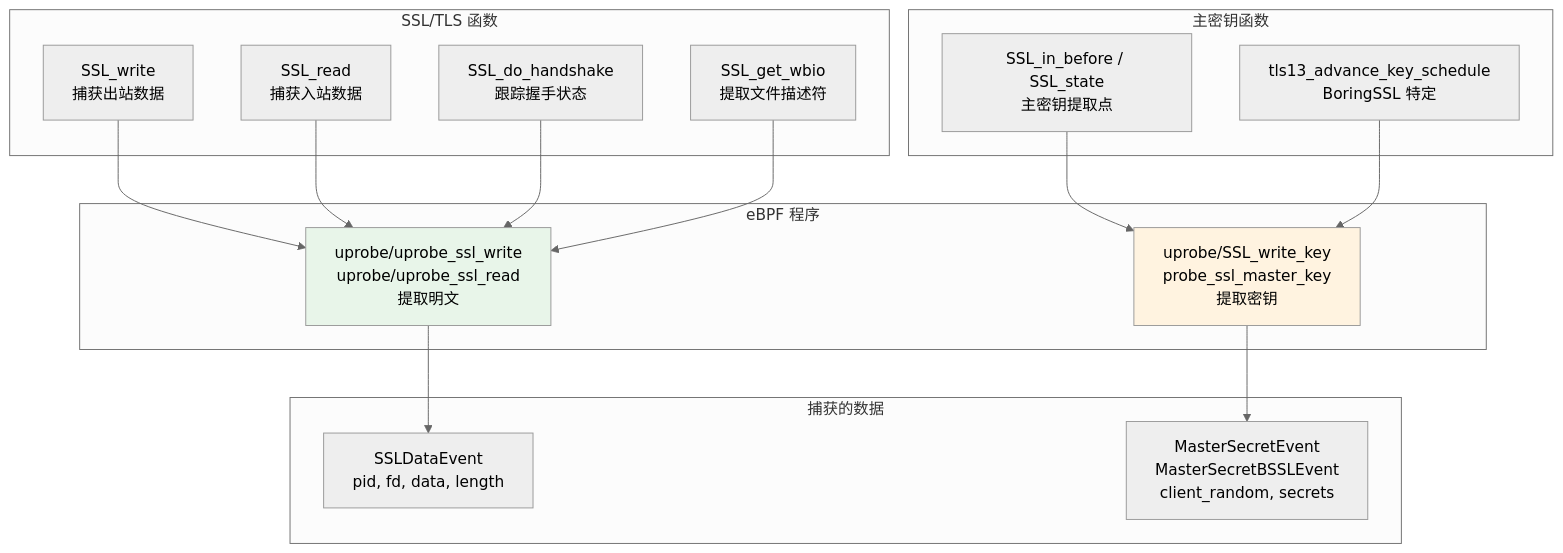
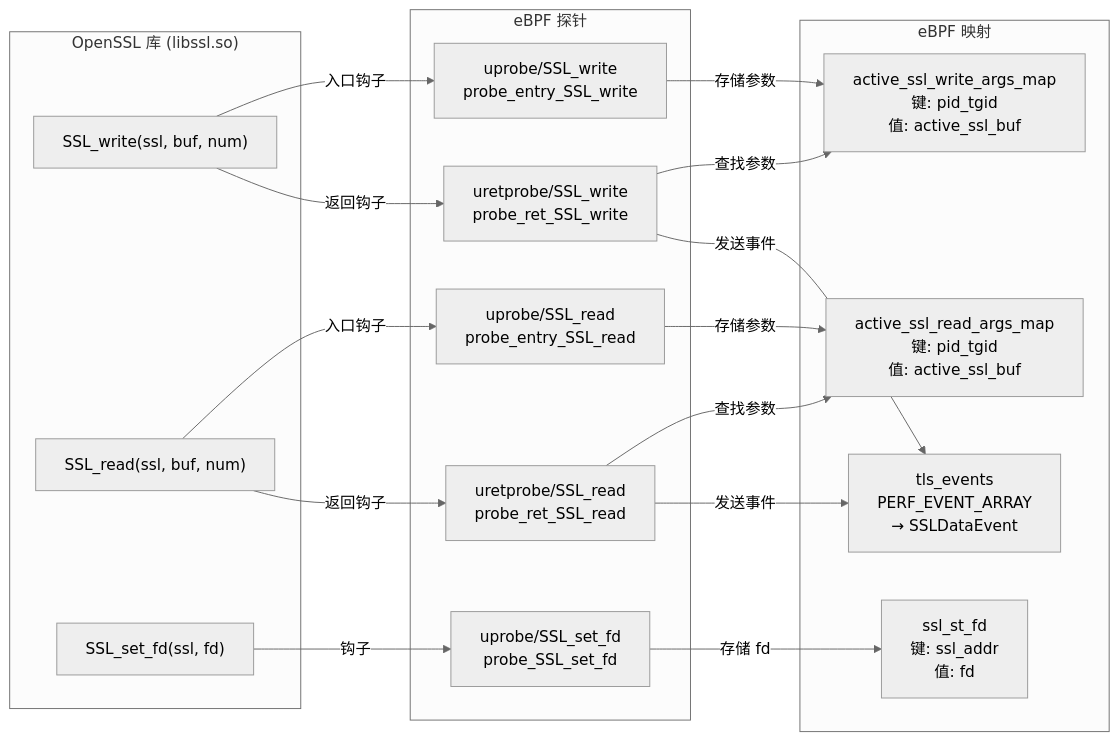
The third of 11 diagrams in src/zh/3-capture-modules/3.1.1-openssl-module.md (gojue/ecapture.cc), drawn with Mermaid (neutral theme) before and after one commit. The commit also changed other lines of this file and 115 other files, not shown here.

````diff
--- a/src/zh/3-capture-modules/3.1.1-openssl-module.md
+++ b/src/zh/3-capture-modules/3.1.1-openssl-module.md
@@ -184,38 +160,38 @@
 ```mermaid
-graph TB
-    subgraph "SSL/TLS 函数"
-        SSL_WRITE["SSL_write<br/>捕获出站数据"]
-        SSL_READ["SSL_read<br/>捕获入站数据"]
-        SSL_HANDSHAKE["SSL_do_handshake<br/>跟踪握手状态"]
-        SSL_WBIO["SSL_get_wbio<br/>提取文件描述符"]
+flowchart LR
+    subgraph "OpenSSL 库 (libssl.so)"
+        SSL_write["SSL_write(ssl, buf, num)"]
+        SSL_read["SSL_read(ssl, buf, num)"]
+        SSL_set_fd["SSL_set_fd(ssl, fd)"]
     end
     
-    subgraph "主密钥函数"
-        SSL_STATE["SSL_in_before / SSL_state<br/>主密钥提取点"]
-        BORING_HOOK["tls13_advance_key_schedule<br/>BoringSSL 特定"]
+    subgraph "eBPF 探针"
+        entry_write["uprobe/SSL_write<br/>probe_entry_SSL_write"]
+        ret_write["uretprobe/SSL_write<br/>probe_ret_SSL_write"]
+        entry_read["uprobe/SSL_read<br/>probe_entry_SSL_read"]
+        ret_read["uretprobe/SSL_read<br/>probe_ret_SSL_read"]
+        setfd["uprobe/SSL_set_fd<br/>probe_SSL_set_fd"]
     end
     
-    subgraph "eBPF 程序"
-        DATA_PROBE["uprobe/uprobe_ssl_write<br/>uprobe/uprobe_ssl_read<br/>提取明文"]
-        KEY_PROBE["uprobe/SSL_write_key<br/>probe_ssl_master_key<br/>提取密钥"]
+    subgraph "eBPF 映射"
+        write_args["active_ssl_write_args_map<br/>键: pid_tgid<br/>值: active_ssl_buf"]
+        read_args["active_ssl_read_args_map<br/>键: pid_tgid<br/>值: active_ssl_buf"]
+        ssl_fd_map["ssl_st_fd<br/>键: ssl_addr<br/>值: fd"]
+        tls_events["tls_events<br/>PERF_EVENT_ARRAY<br/>→ SSLDataEvent"]
     end
     
-    subgraph "捕获的数据"
-        PLAINTEXT["SSLDataEvent<br/>pid, fd, data, length"]
-        KEYS["MasterSecretEvent<br/>MasterSecretBSSLEvent<br/>client_random, secrets"]
-    end
+    SSL_write -->|"入口钩子"| entry_write
+    SSL_write -->|"返回钩子"| ret_write
+    SSL_read -->|"入口钩子"| entry_read
+    SSL_read -->|"返回钩子"| ret_read
+    SSL_set_fd -->|"钩子"| setfd
     
-    SSL_WRITE --> DATA_PROBE
-    SSL_READ --> DATA_PROBE
-    SSL_HANDSHAKE --> DATA_PROBE
-    SSL_WBIO --> DATA_PROBE
+    entry_write -->|"存储参数"| write_args
+    entry_read -->|"存储参数"| read_args
+    ret_write -->|"查找参数"| write_args
+    ret_read -->|"查找参数"| read_args
+    setfd -->|"存储 fd"| ssl_fd_map
     
-    SSL_STATE --> KEY_PROBE
-    BORING_HOOK --> KEY_PROBE
-    
-    DATA_PROBE --> PLAINTEXT
-    KEY_PROBE --> KEYS
-    
-    style DATA_PROBE fill:#e8f5e9
-    style KEY_PROBE fill:#fff3e0
+    ret_write -->|"发送事件"| tls_events
+    ret_read -->|"发送事件"| tls_events
 ```
````
